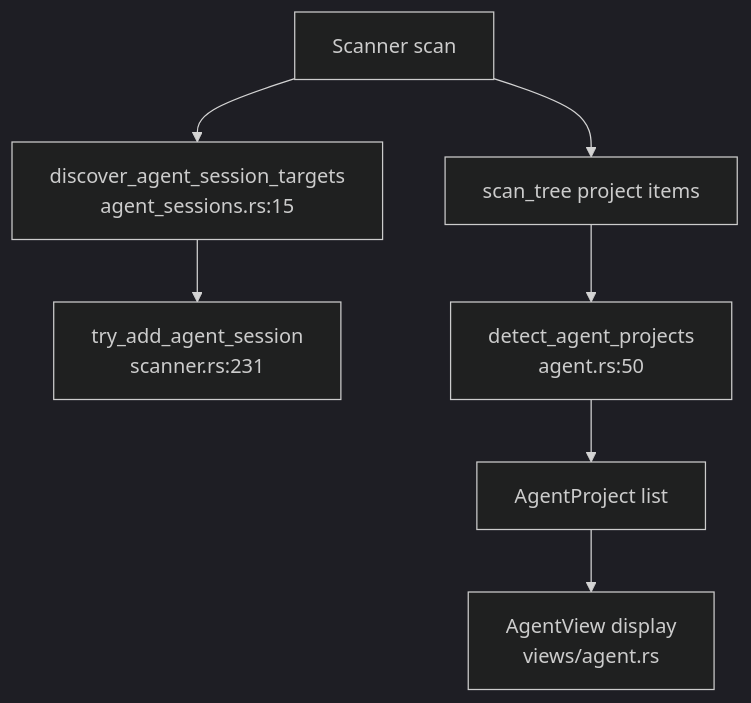
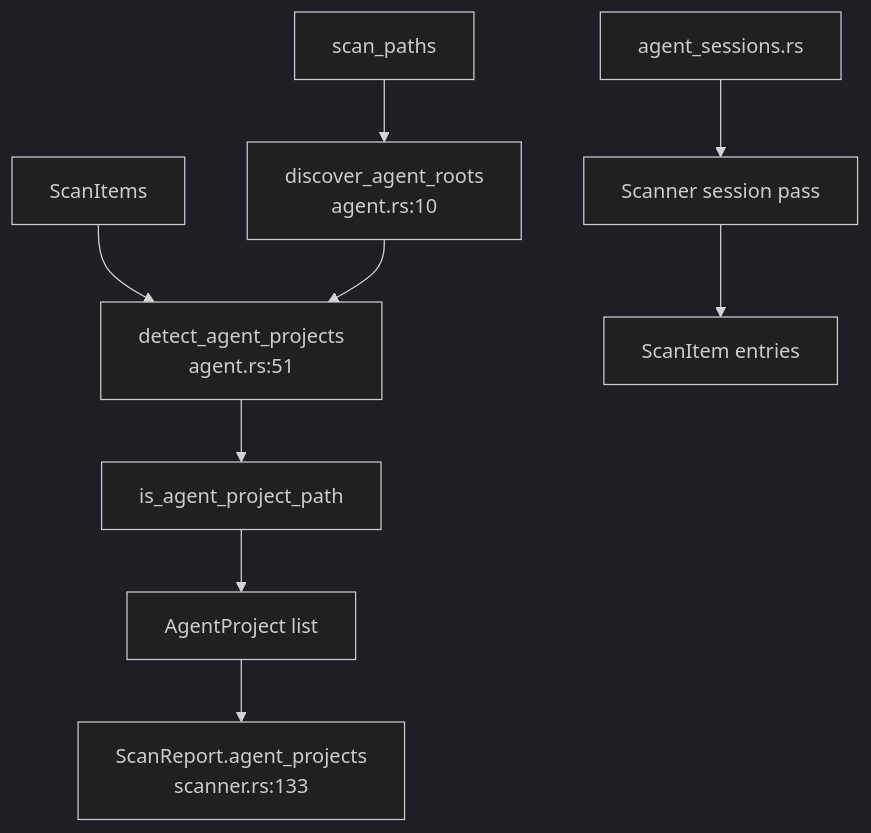
Before and after one commit to sopaco/CLV3000-Plus: the diagram in .terrain/human/4.Deep-Exploration/agent.md, drawn with Mermaid (dark theme). The commit also changed other lines of this file and 15 other files, not shown here.

````diff
--- a/.terrain/human/4.Deep-Exploration/agent.md
+++ b/.terrain/human/4.Deep-Exploration/agent.md
@@ -46,9 +47,11 @@
 ```mermaid
 flowchart TD
-    A["Scanner scan"] --> B["discover_agent_session_targets<br/>agent_sessions.rs:15"]
-    B --> C["try_add_agent_session<br/>scanner.rs:231"]
-    A --> D["scan_tree project items"]
-    D --> E["detect_agent_projects<br/>agent.rs:50"]
-    E --> F["AgentProject list"]
-    F --> G["AgentView display<br/>views/agent.rs"]
+    A["scan_paths"] --> B["discover_agent_roots<br/>agent.rs:10"]
+    C["ScanItems"] --> D["detect_agent_projects<br/>agent.rs:51"]
+    B --> D
+    E["agent_sessions.rs"] --> F["Scanner session pass"]
+    D --> G["is_agent_project_path"]
+    G --> H["AgentProject list"]
+    H --> I["ScanReport.agent_projects<br/>scanner.rs:133"]
+    F --> J["ScanItem entries"]
 ```
````
